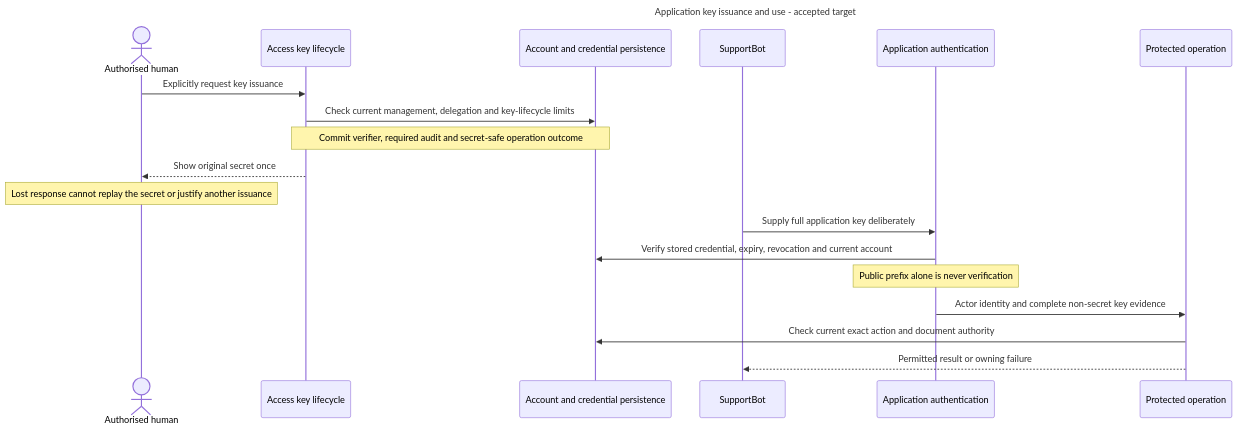
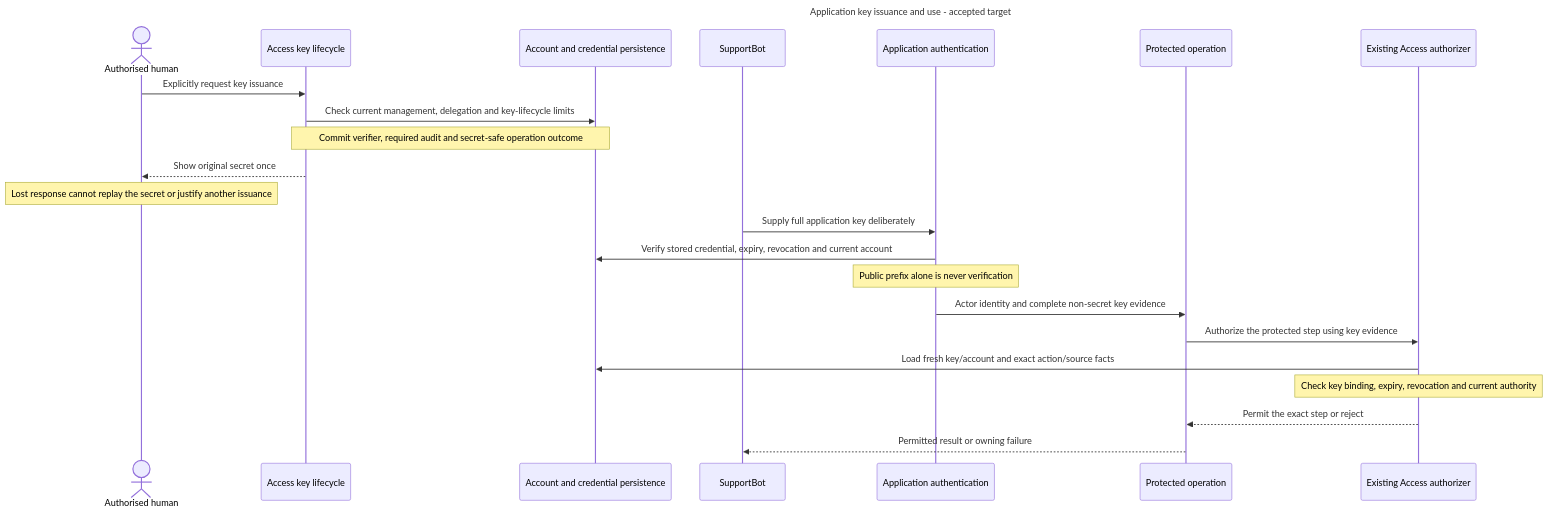
One commit to matejpalenik/inframeld changed the diagram in .agents/skills/inframeld-access-models/references/application-keys.md. Above: the diagram before and after it, drawn with Mermaid. The commit also changed other lines of this file, not shown here.

Commit message:
docs(access): reconcile application key authorization sequence

````diff
--- a/.agents/skills/inframeld-access-models/references/application-keys.md
+++ b/.agents/skills/inframeld-access-models/references/application-keys.md
@@ -25,23 +25,27 @@
 ```mermaid
 ---
 title: "Application key issuance and use - accepted target"
 ---
 sequenceDiagram
     actor Alice as Authorised human
     participant Access as Access key lifecycle
     participant DB as Account and credential persistence
     participant Bot as SupportBot
     participant Auth as Application authentication
     participant Operation as Protected operation
+    participant Authorizer as Existing Access authorizer
     Alice->>Access: Explicitly request key issuance
     Access->>DB: Check current management, delegation and key-lifecycle limits
     Note over Access,DB: Commit verifier, required audit and secret-safe operation outcome
     Access-->>Alice: Show original secret once
     Note over Alice: Lost response cannot replay the secret or justify another issuance
     Bot->>Auth: Supply full application key deliberately
     Auth->>DB: Verify stored credential, expiry, revocation and current account
     Note over Auth: Public prefix alone is never verification
     Auth->>Operation: Actor identity and complete non-secret key evidence
-    Operation->>DB: Check current exact action and document authority
+    Operation->>Authorizer: Authorize the protected step using key evidence
+    Authorizer->>DB: Load fresh key/account and exact action/source facts
+    Note over Authorizer: Check key binding, expiry, revocation and current authority
+    Authorizer-->>Operation: Permit the exact step or reject
     Operation-->>Bot: Permitted result or owning failure
 ```
````
